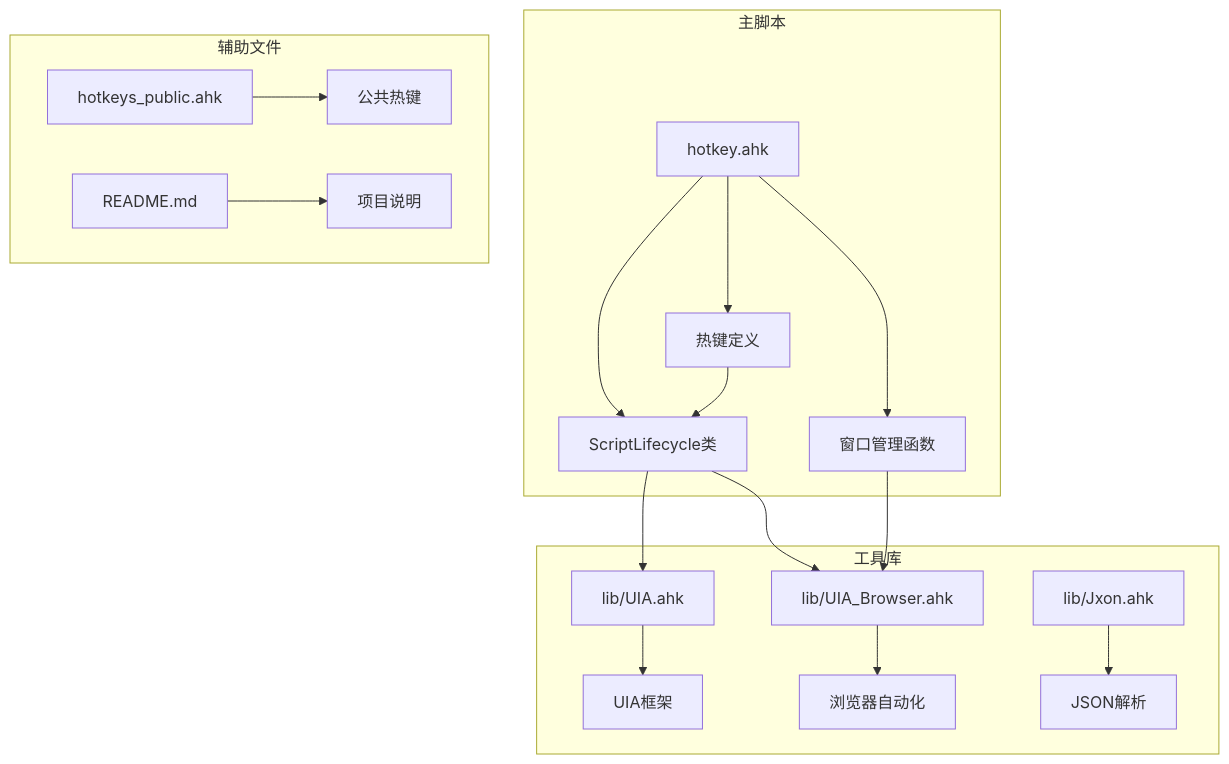
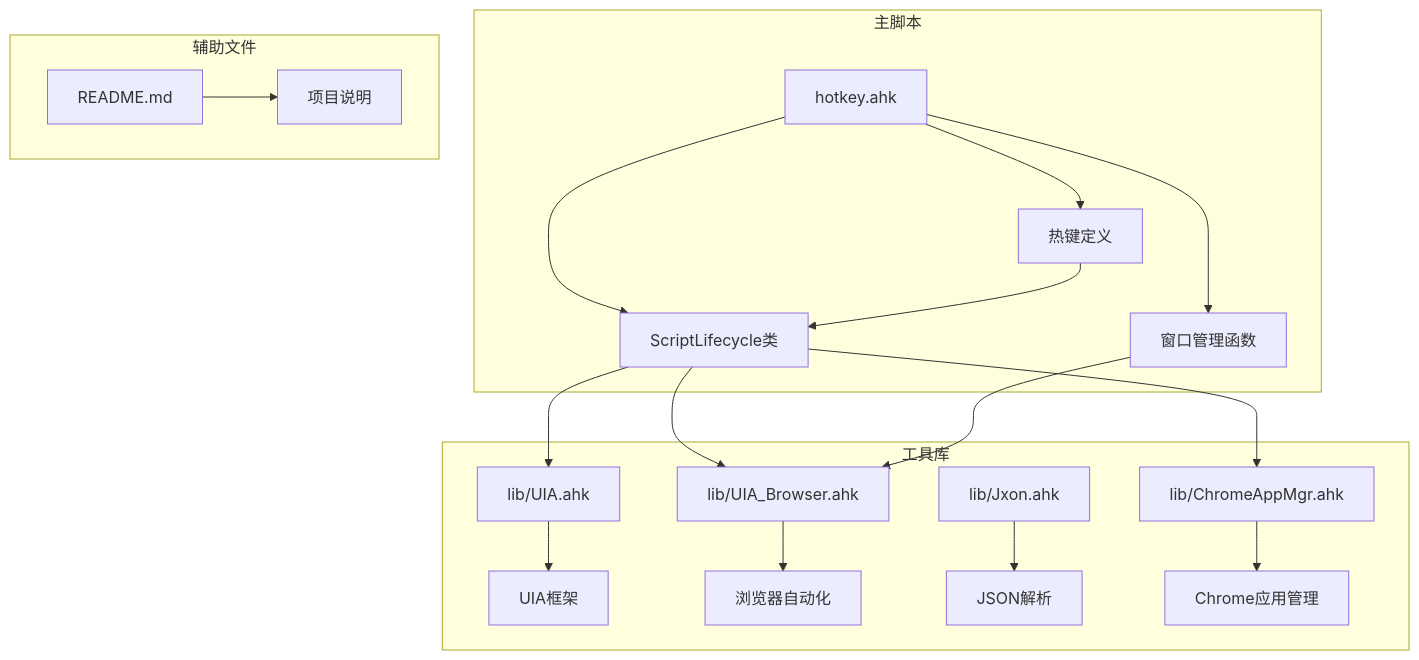
The first of 4 diagrams in .qoder/repowiki/zh/content/API参考/核心函数API/脚本生命周期管理函数.md (wangys-123doit/hotkey), drawn with Mermaid before and after one commit. The commit also changed other lines of this file and 9 other files, not shown here.

````diff
--- a/.qoder/repowiki/zh/content/API参考/核心函数API/脚本生命周期管理函数.md
+++ b/.qoder/repowiki/zh/content/API参考/核心函数API/脚本生命周期管理函数.md
@@ -34,21 +41,22 @@
 ```mermaid
 graph TB
 subgraph "主脚本"
 A[hotkey.ahk] --> B[ScriptLifecycle类]
 A --> C[热键定义]
 A --> D[窗口管理函数]
 end
 subgraph "工具库"
 E[lib/UIA.ahk] --> F[UIA框架]
 G[lib/UIA_Browser.ahk] --> H[浏览器自动化]
 I[lib/Jxon.ahk] --> J[JSON解析]
+K[lib/ChromeAppMgr.ahk] --> L[Chrome应用管理]
 end
 subgraph "辅助文件"
-K[hotkeys_public.ahk] --> L[公共热键]
 M[README.md] --> N[项目说明]
 end
 B --> E
 B --> G
 C --> B
 D --> G
+B --> K
 ```
````
